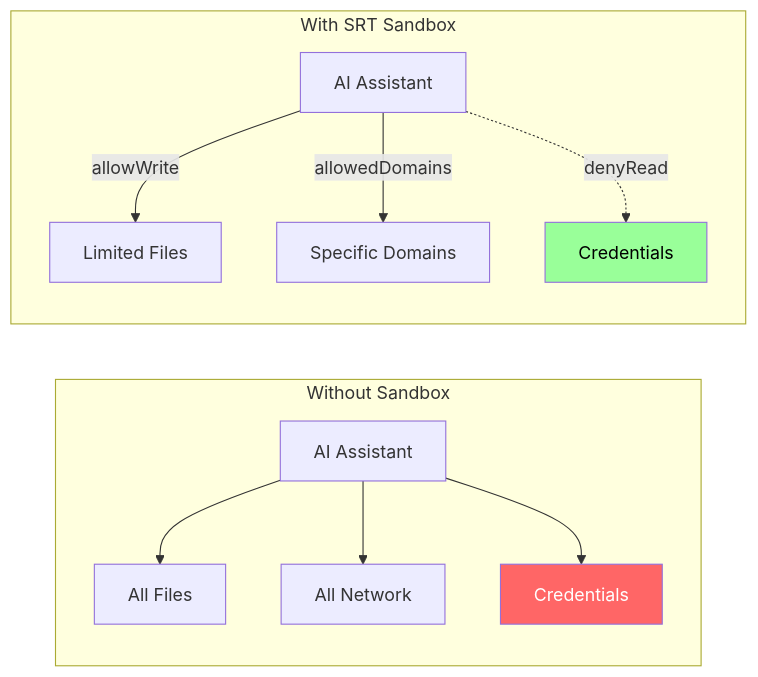
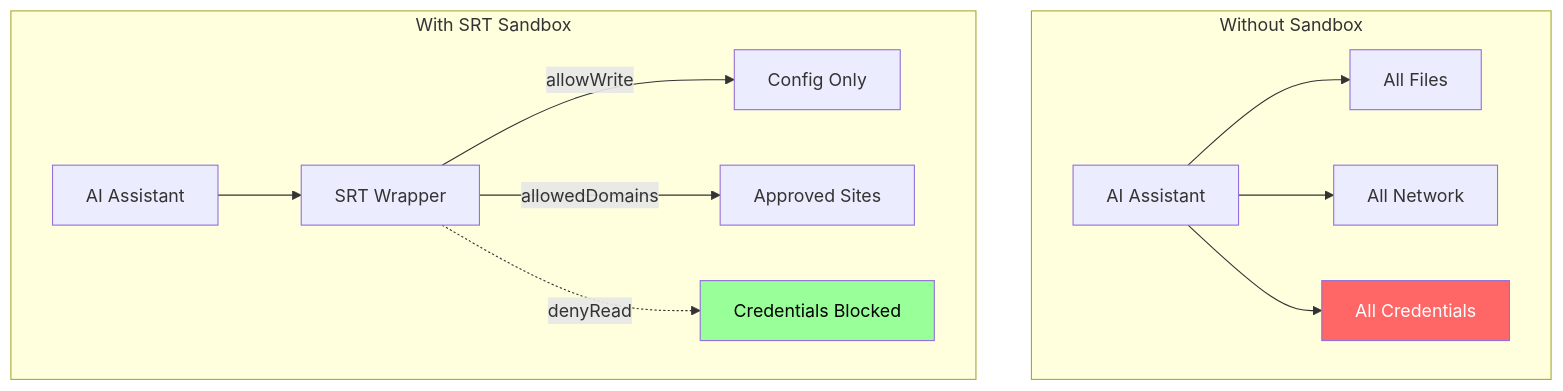
One commit to mox-nexus/cix changed the diagram in plugins/openclaw-srt/docs/explanation/methodology.md. Above: the diagram before and after it, drawn with Mermaid. The commit also changed other lines of this file and 31 other files, not shown here.

````diff
--- a/plugins/openclaw-srt/docs/explanation/methodology.md
+++ b/plugins/openclaw-srt/docs/explanation/methodology.md
@@ -7,17 +47,18 @@
 ```mermaid
-flowchart LR
+flowchart TB
     subgraph "Without Sandbox"
         AI1[AI Assistant] --> FILES1[All Files]
         AI1 --> NET1[All Network]
-        AI1 --> CREDS1[Credentials]
+        AI1 --> CREDS1[All Credentials]
     end
 
     subgraph "With SRT Sandbox"
-        AI2[AI Assistant] --> |"allowWrite"| FILES2[Limited Files]
-        AI2 --> |"allowedDomains"| NET2[Specific Domains]
-        AI2 -.-> |"denyRead"| CREDS2[Credentials]
+        AI2[AI Assistant] --> SANDBOX[SRT Wrapper]
+        SANDBOX --> |"allowWrite"| FILES2[Config Only]
+        SANDBOX --> |"allowedDomains"| NET2[Approved Sites]
+        SANDBOX -.-> |"denyRead"| CREDS2[Credentials Blocked]
     end
 
     style CREDS1 fill:#f66,color:#fff
     style CREDS2 fill:#9f9,color:#000
 ```
````
